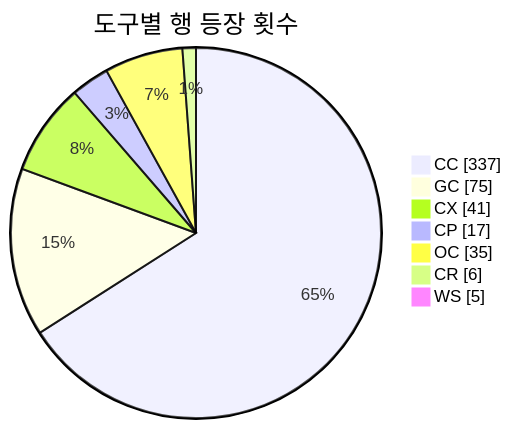
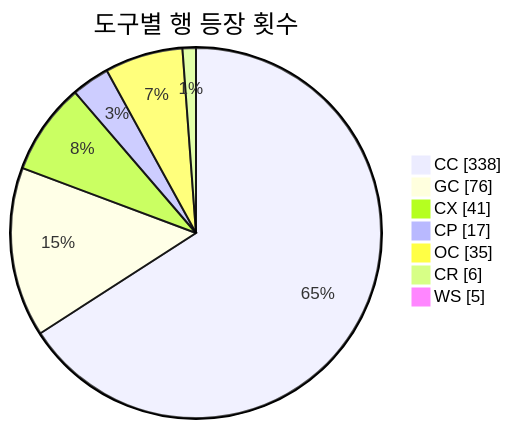
The second of 3 diagrams in README.md (J-nowcow/awesome-korean-agent-skills), drawn with Mermaid before and after one commit. The commit also changed other lines of this file and 4 other files, not shown here.

````diff
--- a/README.md
+++ b/README.md
@@ -193,11 +193,11 @@
 ```mermaid
 pie showData
     title 도구별 행 등장 횟수
-    "CC" : 337
-    "GC" : 75
+    "CC" : 338
+    "GC" : 76
     "CX" : 41
     "CP" : 17
     "OC" : 35
     "CR" : 6
     "WS" : 5
 ```
````
